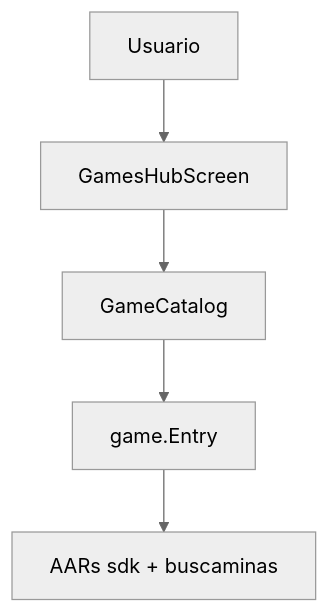
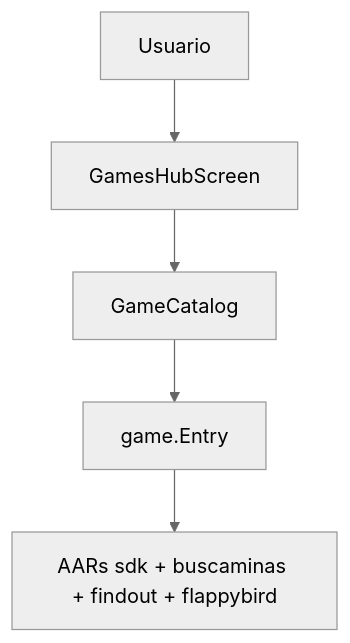
One commit to AlejandroHP17/MiniJuegos changed the first of 5 diagrams in docs/ESTRUCTURA.md. Above: the diagram before and after it, drawn with Mermaid (neutral theme). The commit also changed other lines of this file and 2 other files, not shown here.

````diff
--- a/docs/ESTRUCTURA.md
+++ b/docs/ESTRUCTURA.md
@@ -5,13 +5,13 @@
 ```mermaid
 flowchart TB
   user[Usuario]
   hub[GamesHubScreen]
   catalog[GameCatalog]
   entry[game.Entry]
-  aar[AARs sdk + buscaminas]
+  aars[AARs sdk + buscaminas + findout + flappybird]
 
   user --> hub
   hub --> catalog
   catalog --> entry
-  entry --> aar
+  entry --> aars
 ```
````
